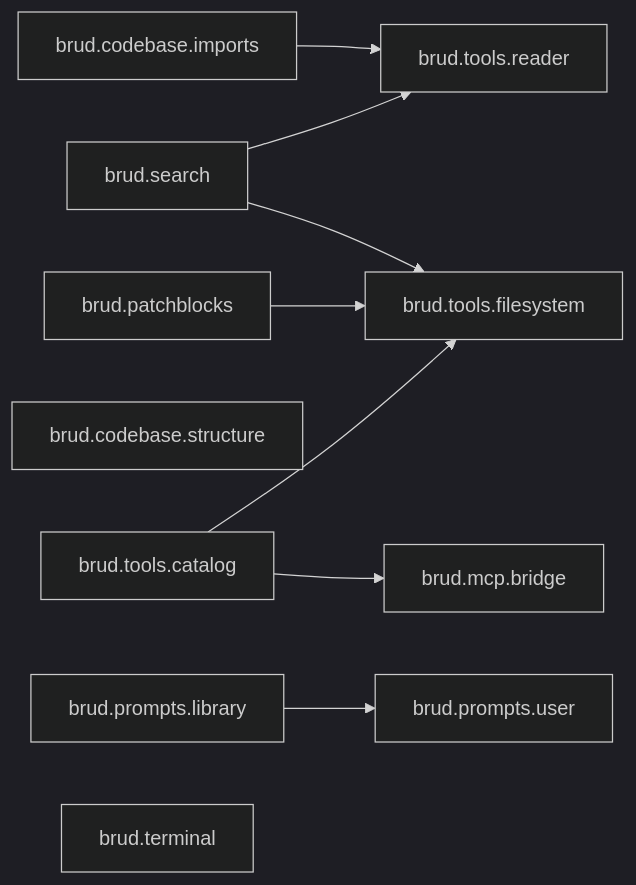
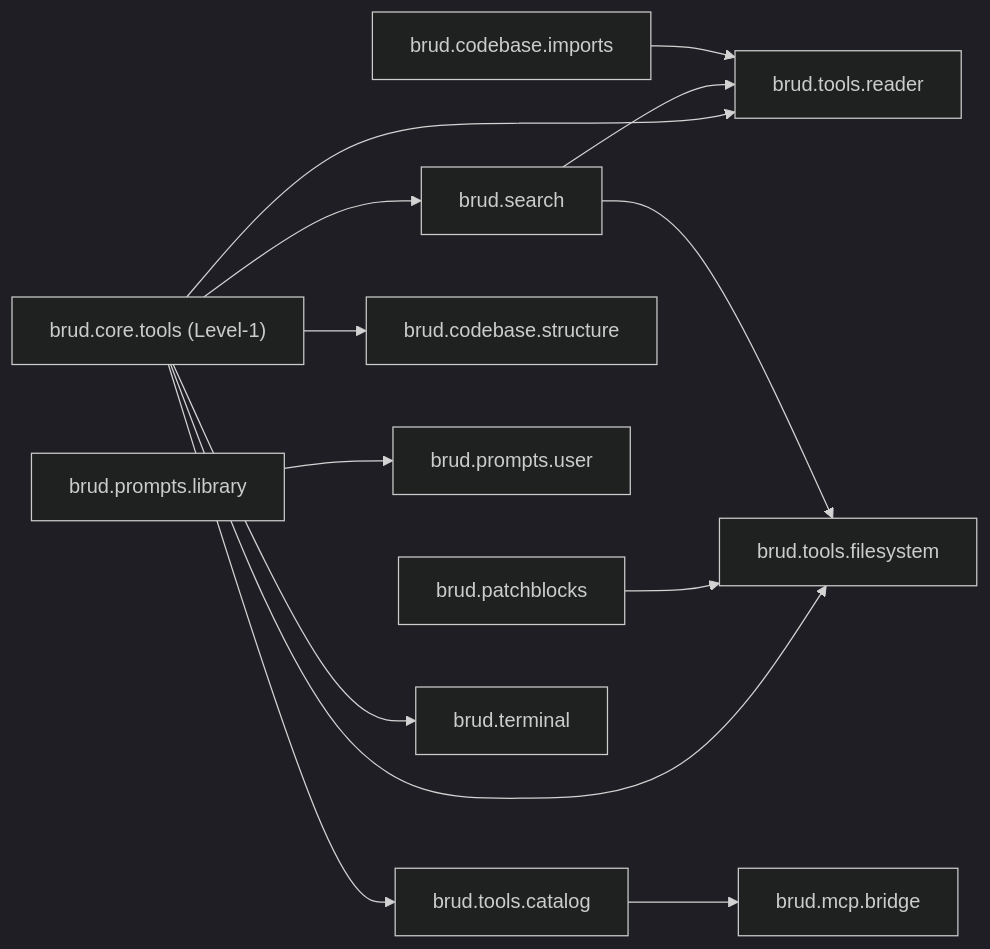
Before and after one commit to rahatarch/brud: the fourth of 5 diagrams in docs/architecture/ROLLOUT_PLAN_CORE_TO_MICROKERNEL.md, drawn with Mermaid (dark theme). The commit also changed other lines of this file, not shown here.

First line of the commit message:
docs(architecture): elevate BrudTools to Level-1 core service (D-11)

````diff
--- a/docs/architecture/ROLLOUT_PLAN_CORE_TO_MICROKERNEL.md
+++ b/docs/architecture/ROLLOUT_PLAN_CORE_TO_MICROKERNEL.md
@@ -1035,22 +1119,28 @@
 ```mermaid
 flowchart LR
     PB["brud.patchblocks"]
     IMP["brud.codebase.imports"]
     SRCH["brud.search"]
     STRUCT["brud.codebase.structure"]
     PLIB["brud.prompts.library"]
     PUSER["brud.prompts.user"]
     CAT["brud.tools.catalog"]
     READ["brud.tools.reader"]
     FS["brud.tools.filesystem"]
     TERM["brud.terminal"]
     MCP["brud.mcp.bridge"]
+    BTOOLS["brud.core.tools (Level-1)"]
 
+    BTOOLS --> SRCH
+    BTOOLS --> STRUCT
+    BTOOLS --> CAT
+    BTOOLS --> READ
+    BTOOLS --> FS
+    BTOOLS --> TERM
     PLIB --> PUSER
     SRCH --> READ
     IMP --> READ
     PB --> FS
     SRCH --> FS
-    CAT --> FS
     CAT --> MCP
 ```
````
